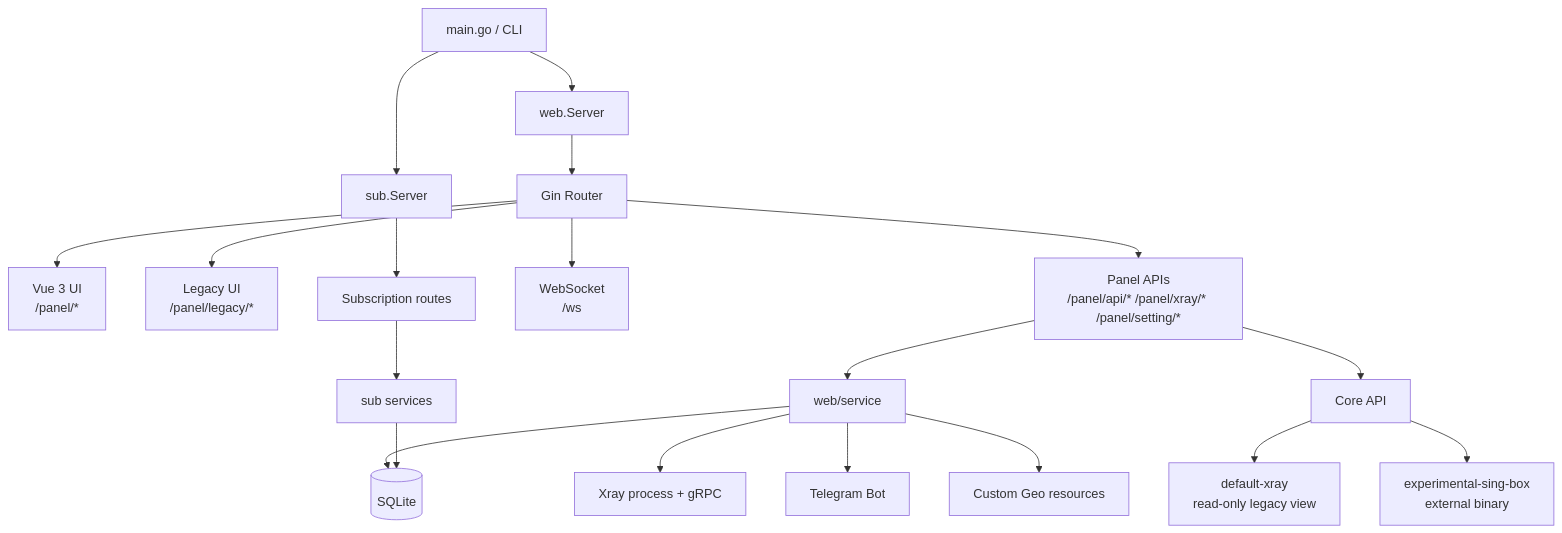
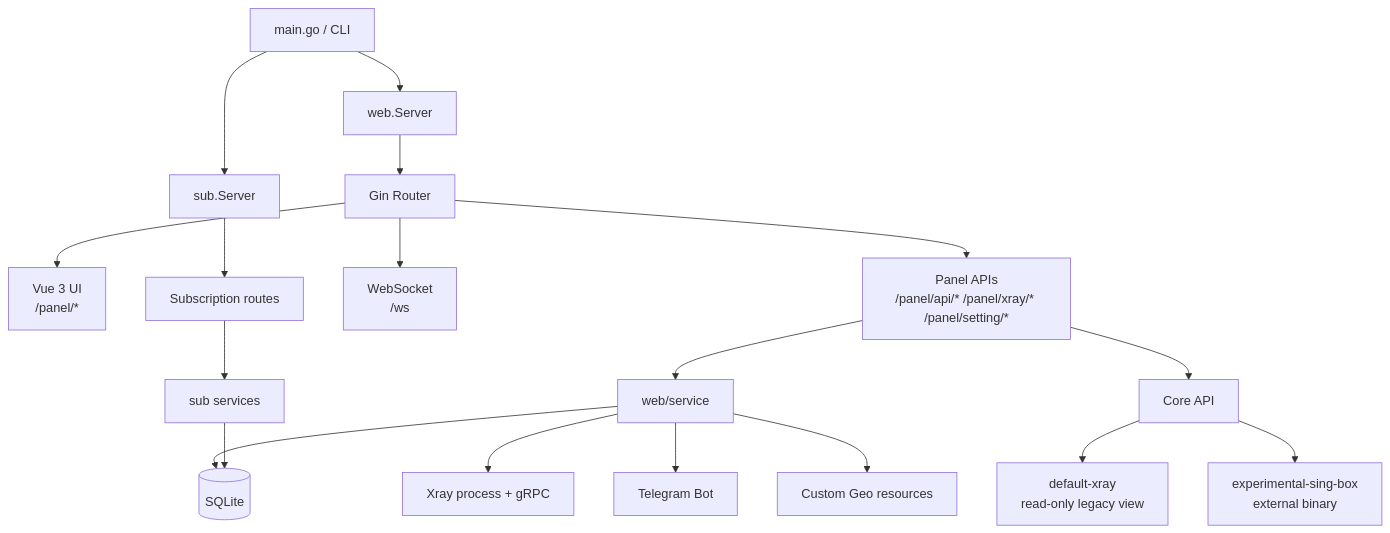
One commit to superaddmin/SuperXray-gui changed the first of 5 diagrams in docs/architecture.md. Above: the diagram before and after it, drawn with Mermaid. The commit also changed other lines of this file and 246 other files, not shown here.

````diff
--- a/docs/architecture.md
+++ b/docs/architecture.md
@@ -38,25 +38,24 @@
 ```mermaid
 flowchart TB
     CLI[main.go / CLI] --> WEB[web.Server]
     CLI --> SUB[sub.Server]
 
     WEB --> ROUTER[Gin Router]
     ROUTER --> NEWUI[Vue 3 UI<br/>/panel/*]
-    ROUTER --> LEGACY[Legacy UI<br/>/panel/legacy/*]
     ROUTER --> API[Panel APIs<br/>/panel/api/* /panel/xray/* /panel/setting/*]
     ROUTER --> WS[WebSocket<br/>/ws]
 
     API --> SVC[web/service]
     API --> CORES[Core API]
     CORES --> DEFAULTX[default-xray<br/>read-only legacy view]
     CORES --> SINGBOX[experimental-sing-box<br/>external binary]
 
     SVC --> DB[(SQLite)]
     SVC --> XRAY[Xray process + gRPC]
     SVC --> TG[Telegram Bot]
     SVC --> GEO[Custom Geo resources]
 
     SUB --> SUBROUTES[Subscription routes]
     SUBROUTES --> SUBSVC[sub services]
     SUBSVC --> DB
 ```
````
